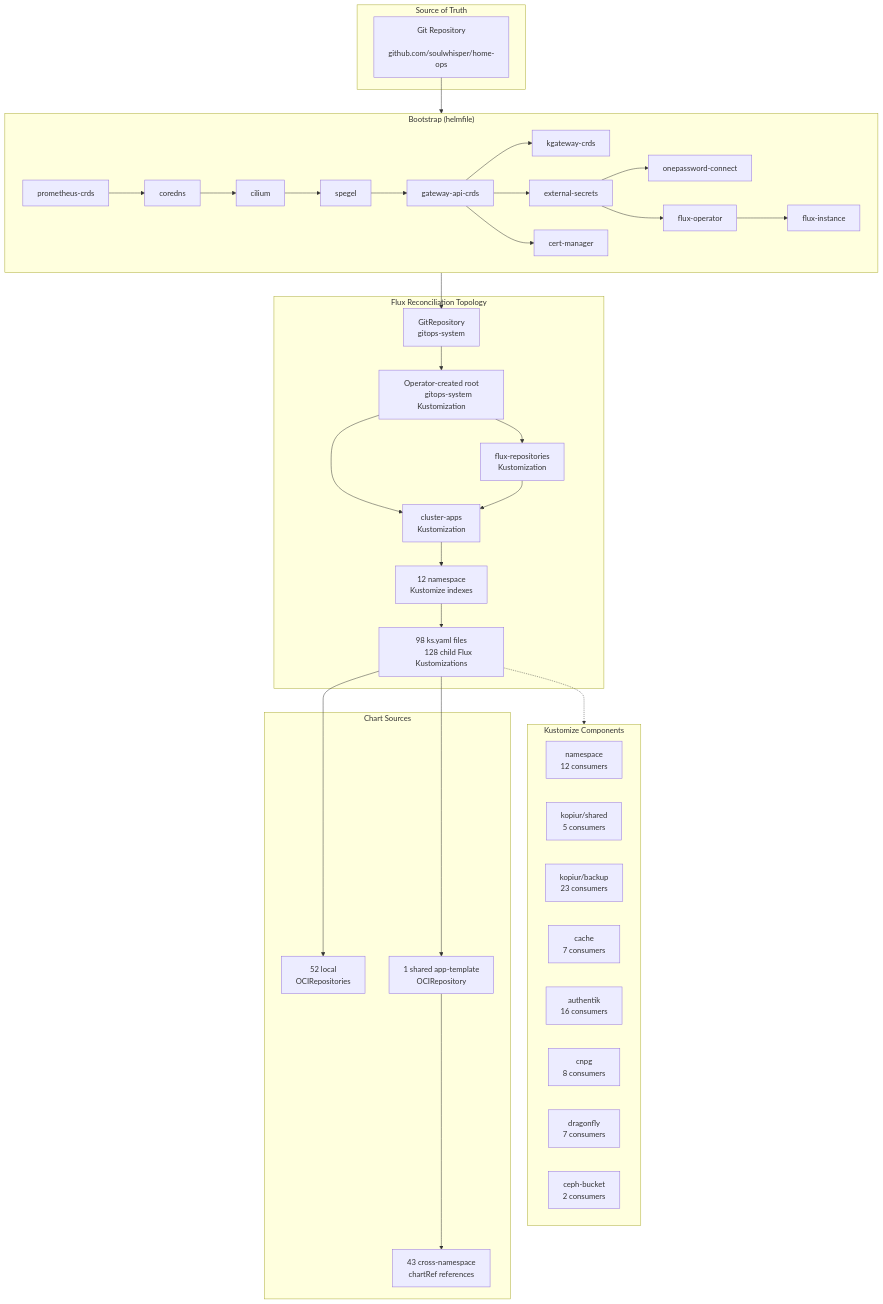
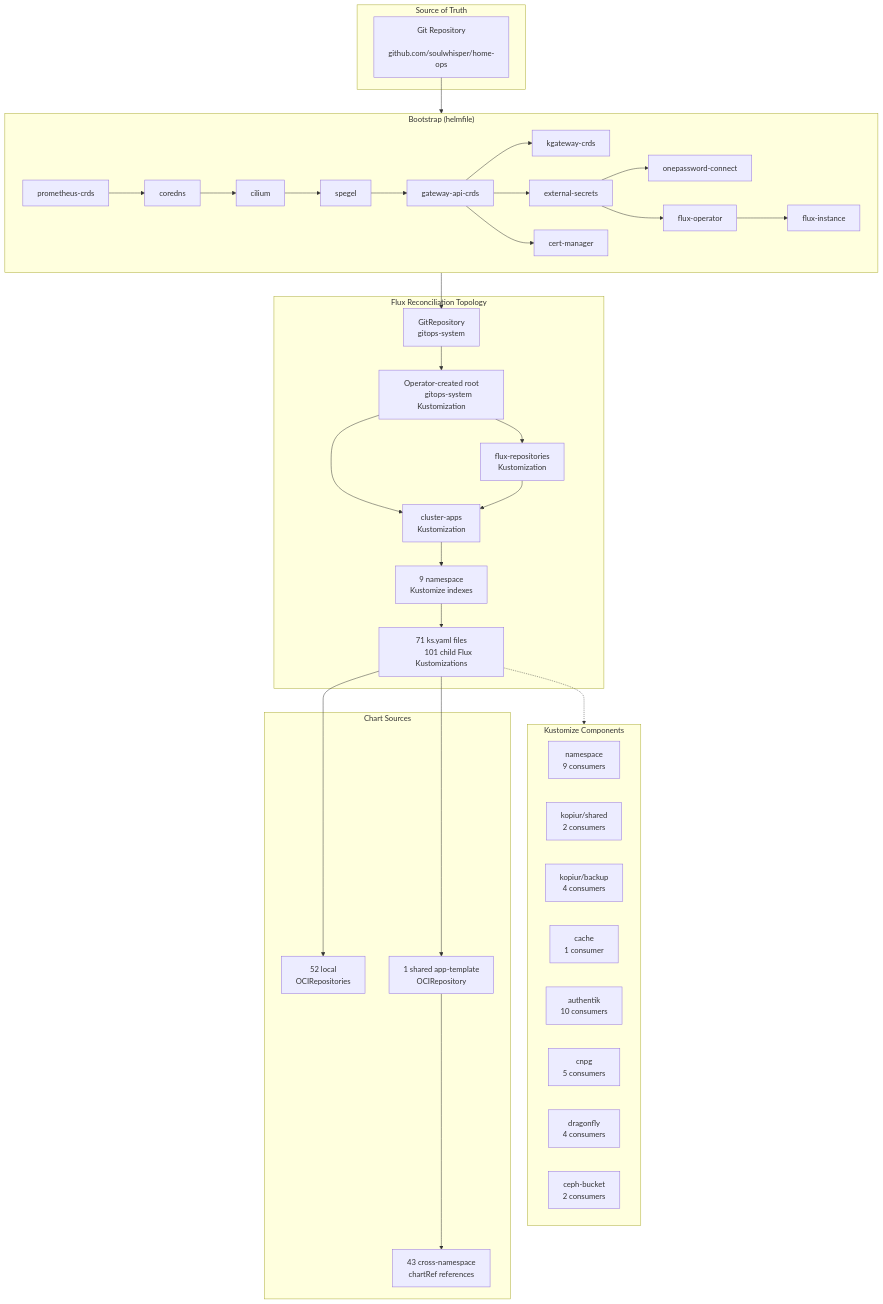
The diagram in docs/infrastructure/kubernetes.md (soulwhisper/home-ops), drawn with Mermaid before and after one commit. The commit also changed other lines of this file and 162 other files, not shown here.

````diff
--- a/docs/infrastructure/kubernetes.md
+++ b/docs/infrastructure/kubernetes.md
@@ -12,71 +12,71 @@
 ```mermaid
 flowchart TB
     subgraph Source["Source of Truth"]
         GIT["Git Repository
         github.com/soulwhisper/home-ops"]
     end
 
     subgraph Bootstrap["Bootstrap (helmfile)"]
         direction LR
         B1["prometheus-crds"] --> B2["coredns"]
         B2 --> B3["cilium"]
         B3 --> B4["spegel"]
         B4 --> B5["gateway-api-crds"]
         B5 --> B6["kgateway-crds"]
         B5 --> B7["external-secrets"]
         B5 --> B8["cert-manager"]
         B7 --> B9["onepassword-connect"]
         B7 --> B11["flux-operator"]
         B11 --> B12["flux-instance"]
     end
 
     subgraph FluxTopo["Flux Reconciliation Topology"]
         GR["GitRepository
         gitops-system"] --> ROOT["Operator-created root
         gitops-system Kustomization"]
         ROOT --> FR["flux-repositories
         Kustomization"]
         ROOT --> CA["cluster-apps
         Kustomization"]
         FR --> CA
-        CA --> NS["12 namespace
+        CA --> NS["9 namespace
         Kustomize indexes"]
-        NS --> APPS["98 ks.yaml files
-        128 child Flux Kustomizations"]
+        NS --> APPS["71 ks.yaml files
+        101 child Flux Kustomizations"]
     end
 
     subgraph Components["Kustomize Components"]
         NS_COMP["namespace
-        12 consumers"]
+        9 consumers"]
         KOPIUR_SECRET["kopiur/shared
+        2 consumers"]
+        KOPIUR_BACKUP["kopiur/backup
+        4 consumers"]
+        CACHE["cache
+        1 consumer"]
+        AUTHENTIK["authentik
+        10 consumers"]
+        CNPG["cnpg
         5 consumers"]
-        KOPIUR_BACKUP["kopiur/backup
-        23 consumers"]
-        CACHE["cache
-        7 consumers"]
-        AUTHENTIK["authentik
-        16 consumers"]
-        CNPG["cnpg
-        8 consumers"]
         DRAGONFLY["dragonfly
-        7 consumers"]
+        4 consumers"]
         CEPH["ceph-bucket
         2 consumers"]
     end
 
     subgraph Charts["Chart Sources"]
         OCI_OWN["52 local
         OCIRepositories"]
         OCI_TPL["1 shared app-template
         OCIRepository"]
         CROSS["43 cross-namespace
         chartRef references"]
     end
 
     GIT --> Bootstrap
     Bootstrap --> GR
     APPS -.-> Components
     APPS --> OCI_OWN
     APPS --> OCI_TPL
     OCI_TPL --> CROSS
 ```
````
